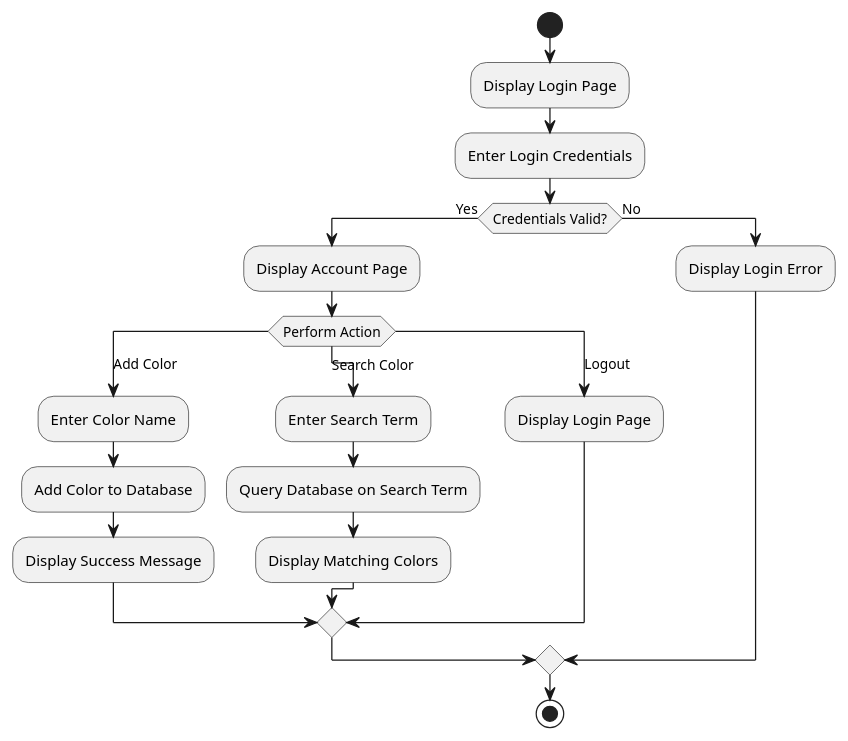
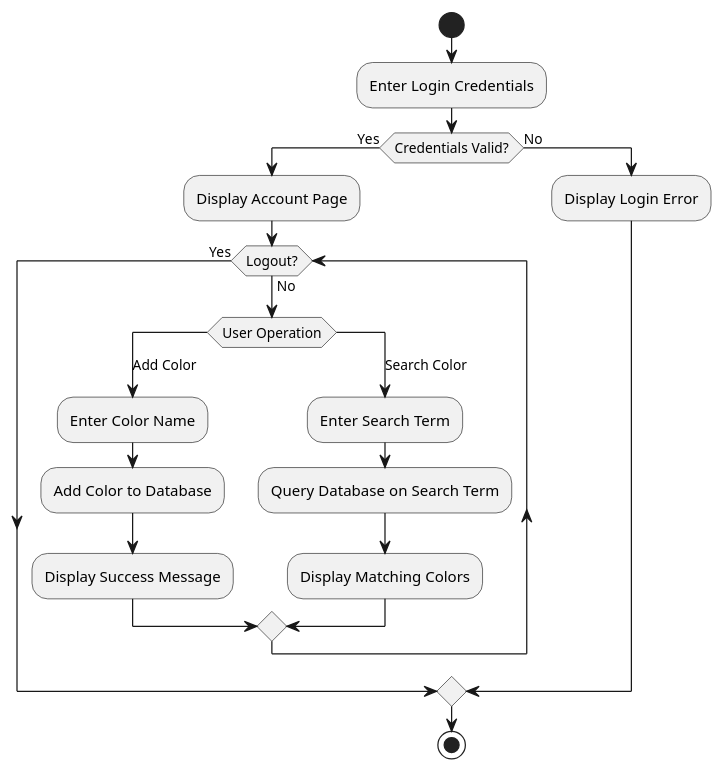
The diagram in docs/uml/activity.puml (mdj43/colors-lamp), drawn with PlantUML before and after one commit. The commit also changed 2 other files, not shown here.

Commit message:
Diagram cleanup for clarity.

```diff
--- a/docs/uml/activity.puml
+++ b/docs/uml/activity.puml
@@ -1,33 +1,32 @@
 @startuml "Activity Diagram"
 start
-
-:Display Login Page;
 :Enter Login Credentials;
 
 if (Credentials Valid?) then (Yes)
     :Display Account Page;
 
-    switch (Perform Action)
+    while (Logout?) is (No)
 
-    case (Add Color)
-        :Enter Color Name;
-        :Add Color to Database;
-        :Display Success Message;
+        switch (User Operation)
 
-    case (Search Color)
-        :Enter Search Term;
-        :Query Database on Search Term;
-        :Display Matching Colors;
-    
-    case (Logout)
-        :Display Login Page;
-    
-    endswitch
+        case (Add Color)
+            :Enter Color Name;
+            :Add Color to Database;
+            :Display Success Message;
+        
+        case (Search Color)
+            :Enter Search Term;
+            :Query Database on Search Term;
+            :Display Matching Colors;
+        
+        endswitch
+
+    endwhile (Yes)
 
 else (No)
     :Display Login Error;
 
 endif
 
 stop
 @enduml
```
